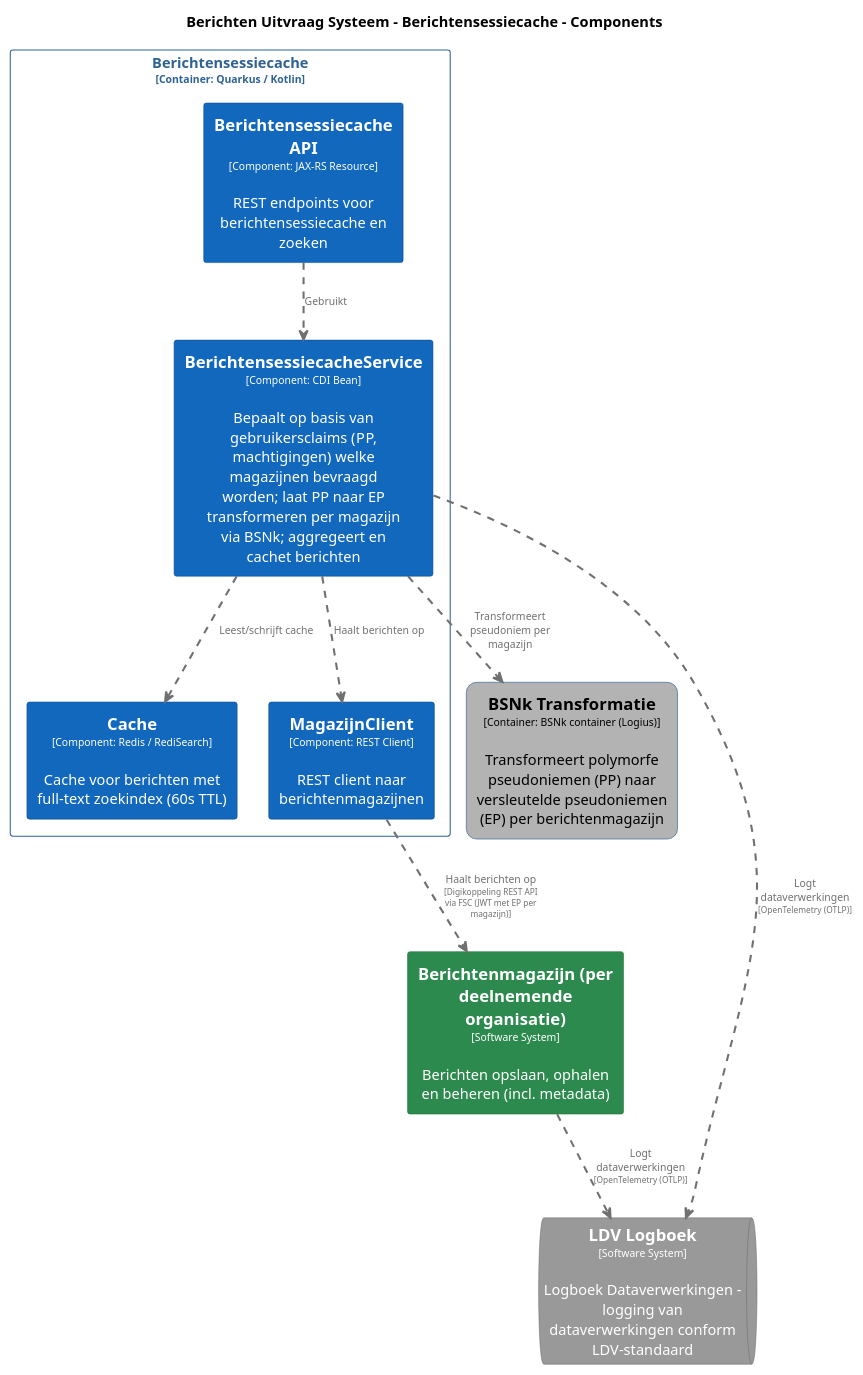
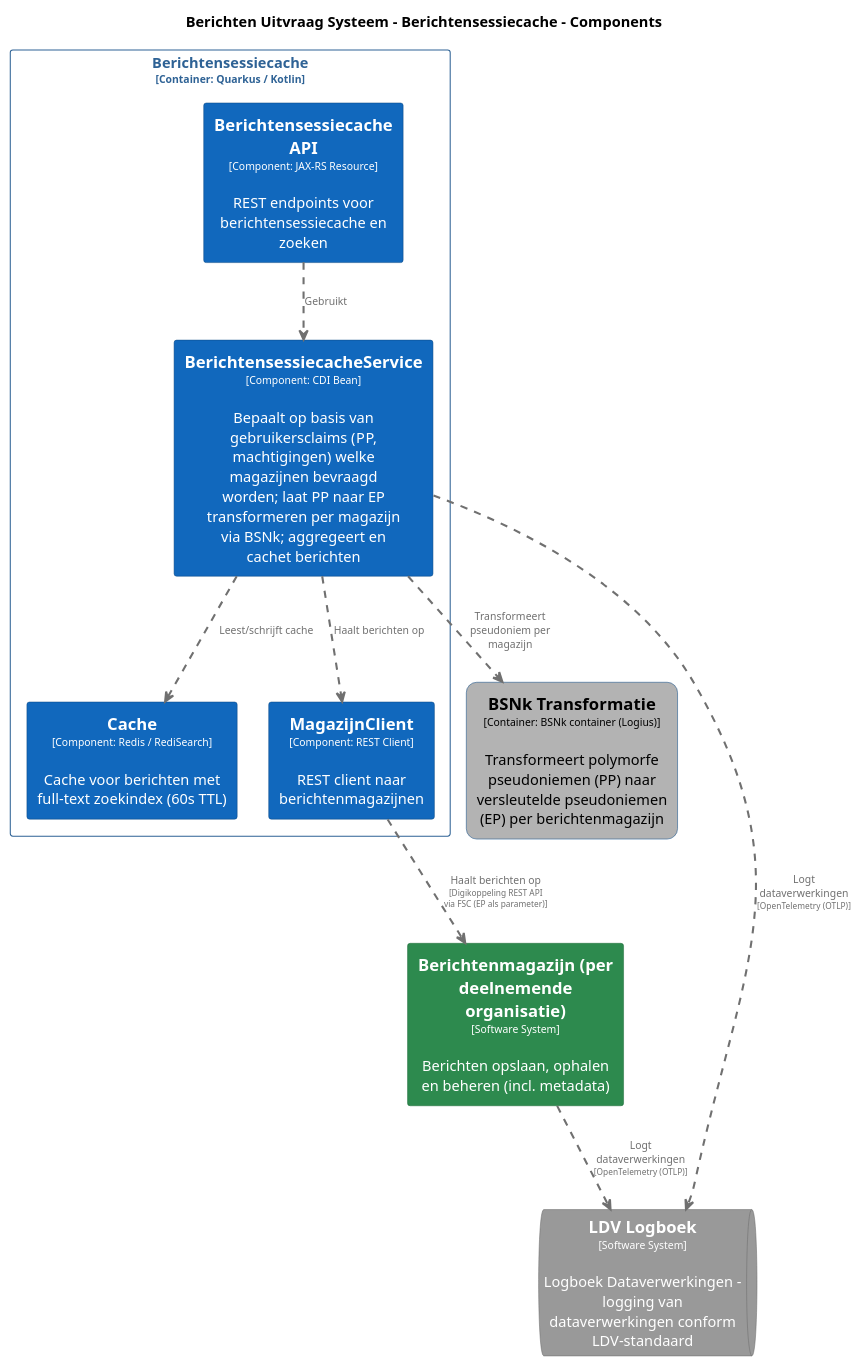
The diagram in pr-preview/pr-22/master/puml/BerichtensessiecacheComponenten.puml (MinBZK/moza-poc-fbs-berichtenbox), drawn with PlantUML before and after one commit. The commit also changed 22 other files, not shown here.

```diff
--- a/pr-preview/pr-22/master/puml/BerichtensessiecacheComponenten.puml
+++ b/pr-preview/pr-22/master/puml/BerichtensessiecacheComponenten.puml
@@ -1,85 +1,85 @@
 @startuml
 set separator none
 title Berichten Uitvraag Systeem - Berichtensessiecache - Components
 
 top to bottom direction
 skinparam ranksep 60
 skinparam nodesep 30
 
 skinparam {
   arrowFontSize 10
   defaultTextAlignment center
   wrapWidth 200
   maxMessageSize 100
 }
 
 hide stereotype
 
 skinparam rectangle<<BerichtenUitvraagSysteem.BSNkTransformatie>> {
   BackgroundColor #b3b3b3
   FontColor #000000
   BorderColor #0b4884
   roundCorner 20
   shadowing false
 }
 skinparam rectangle<<Berichtenmagazijnperdeelnemendeorganisatie>> {
   BackgroundColor #2d8a4e
   FontColor #ffffff
   BorderColor #1e6b38
   shadowing false
 }
 skinparam rectangle<<BerichtenUitvraagSysteem.Berichtensessiecache.BerichtensessiecacheAPI>> {
   BackgroundColor #1168bd
   FontColor #ffffff
   BorderColor #0b4884
   shadowing false
 }
 skinparam rectangle<<BerichtenUitvraagSysteem.Berichtensessiecache.BerichtensessiecacheService>> {
   BackgroundColor #1168bd
   FontColor #ffffff
   BorderColor #0b4884
   shadowing false
 }
 skinparam rectangle<<BerichtenUitvraagSysteem.Berichtensessiecache.Cache>> {
   BackgroundColor #1168bd
   FontColor #ffffff
   BorderColor #0b4884
   shadowing false
 }
 skinparam queue<<LDVLogboek>> {
   BackgroundColor #999999
   FontColor #ffffff
   BorderColor #6b6b6b
   shadowing false
 }
 skinparam rectangle<<BerichtenUitvraagSysteem.Berichtensessiecache.MagazijnClient>> {
   BackgroundColor #1168bd
   FontColor #ffffff
   BorderColor #0b4884
   shadowing false
 }
 skinparam rectangle<<BerichtenUitvraagSysteem.Berichtensessiecache>> {
   BorderColor #2e6295
   FontColor #2e6295
   shadowing false
 }
 
 rectangle "==Berichtenmagazijn (per deelnemende organisatie)\n<size:10>[Software System]</size>\n\nBerichten opslaan, ophalen en beheren (incl. metadata)" <<Berichtenmagazijnperdeelnemendeorganisatie>> as Berichtenmagazijnperdeelnemendeorganisatie
 rectangle "==BSNk Transformatie\n<size:10>[Container: BSNk container (Logius)]</size>\n\nTransformeert polymorfe pseudoniemen (PP) naar versleutelde pseudoniemen (EP) per berichtenmagazijn" <<BerichtenUitvraagSysteem.BSNkTransformatie>> as BerichtenUitvraagSysteem.BSNkTransformatie
 queue "==LDV Logboek\n<size:10>[Software System]</size>\n\nLogboek Dataverwerkingen - logging van dataverwerkingen conform LDV-standaard" <<LDVLogboek>> as LDVLogboek
 
 rectangle "Berichtensessiecache\n<size:10>[Container: Quarkus / Kotlin]</size>" <<BerichtenUitvraagSysteem.Berichtensessiecache>> {
   rectangle "==Berichtensessiecache API\n<size:10>[Component: JAX-RS Resource]</size>\n\nREST endpoints voor berichtensessiecache en zoeken" <<BerichtenUitvraagSysteem.Berichtensessiecache.BerichtensessiecacheAPI>> as BerichtenUitvraagSysteem.Berichtensessiecache.BerichtensessiecacheAPI
   rectangle "==BerichtensessiecacheService\n<size:10>[Component: CDI Bean]</size>\n\nBepaalt op basis van gebruikersclaims (PP, machtigingen) welke magazijnen bevraagd worden; laat PP naar EP transformeren per magazijn via BSNk; aggregeert en cachet berichten" <<BerichtenUitvraagSysteem.Berichtensessiecache.BerichtensessiecacheService>> as BerichtenUitvraagSysteem.Berichtensessiecache.BerichtensessiecacheService
   rectangle "==Cache\n<size:10>[Component: Redis / RediSearch]</size>\n\nCache voor berichten met full-text zoekindex (60s TTL)" <<BerichtenUitvraagSysteem.Berichtensessiecache.Cache>> as BerichtenUitvraagSysteem.Berichtensessiecache.Cache
   rectangle "==MagazijnClient\n<size:10>[Component: REST Client]</size>\n\nREST client naar berichtenmagazijnen" <<BerichtenUitvraagSysteem.Berichtensessiecache.MagazijnClient>> as BerichtenUitvraagSysteem.Berichtensessiecache.MagazijnClient
 }
 
 Berichtenmagazijnperdeelnemendeorganisatie .[#707070,thickness=2].> LDVLogboek : "<color:#707070>Logt dataverwerkingen\n<color:#707070><size:8>[OpenTelemetry (OTLP)]</size>"
 BerichtenUitvraagSysteem.Berichtensessiecache.BerichtensessiecacheService .[#707070,thickness=2].> LDVLogboek : "<color:#707070>Logt dataverwerkingen\n<color:#707070><size:8>[OpenTelemetry (OTLP)]</size>"
 BerichtenUitvraagSysteem.Berichtensessiecache.BerichtensessiecacheAPI .[#707070,thickness=2].> BerichtenUitvraagSysteem.Berichtensessiecache.BerichtensessiecacheService : "<color:#707070>Gebruikt"
 BerichtenUitvraagSysteem.Berichtensessiecache.BerichtensessiecacheService .[#707070,thickness=2].> BerichtenUitvraagSysteem.Berichtensessiecache.Cache : "<color:#707070>Leest/schrijft cache"
 BerichtenUitvraagSysteem.Berichtensessiecache.BerichtensessiecacheService .[#707070,thickness=2].> BerichtenUitvraagSysteem.Berichtensessiecache.MagazijnClient : "<color:#707070>Haalt berichten op"
 BerichtenUitvraagSysteem.Berichtensessiecache.BerichtensessiecacheService .[#707070,thickness=2].> BerichtenUitvraagSysteem.BSNkTransformatie : "<color:#707070>Transformeert pseudoniem per magazijn"
-BerichtenUitvraagSysteem.Berichtensessiecache.MagazijnClient .[#707070,thickness=2].> Berichtenmagazijnperdeelnemendeorganisatie : "<color:#707070>Haalt berichten op\n<color:#707070><size:8>[Digikoppeling REST API via FSC (JWT met EP per magazijn)]</size>"
+BerichtenUitvraagSysteem.Berichtensessiecache.MagazijnClient .[#707070,thickness=2].> Berichtenmagazijnperdeelnemendeorganisatie : "<color:#707070>Haalt berichten op\n<color:#707070><size:8>[Digikoppeling REST API via FSC (EP als parameter)]</size>"
 @enduml
```
